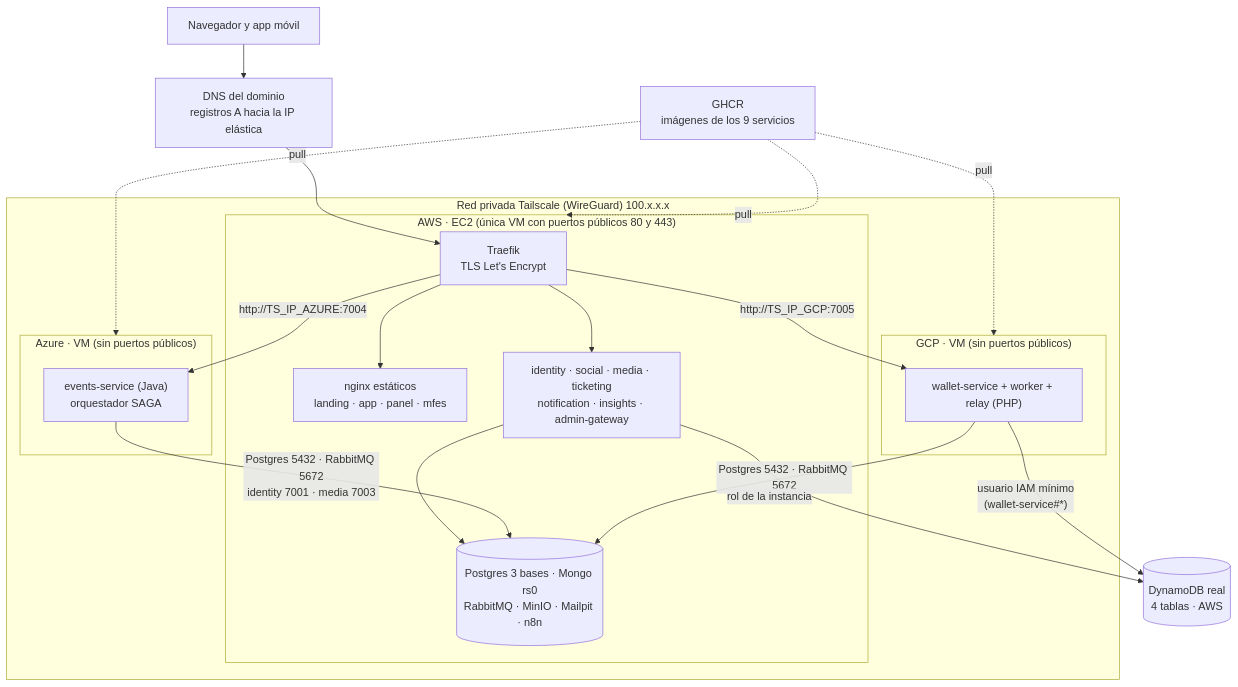
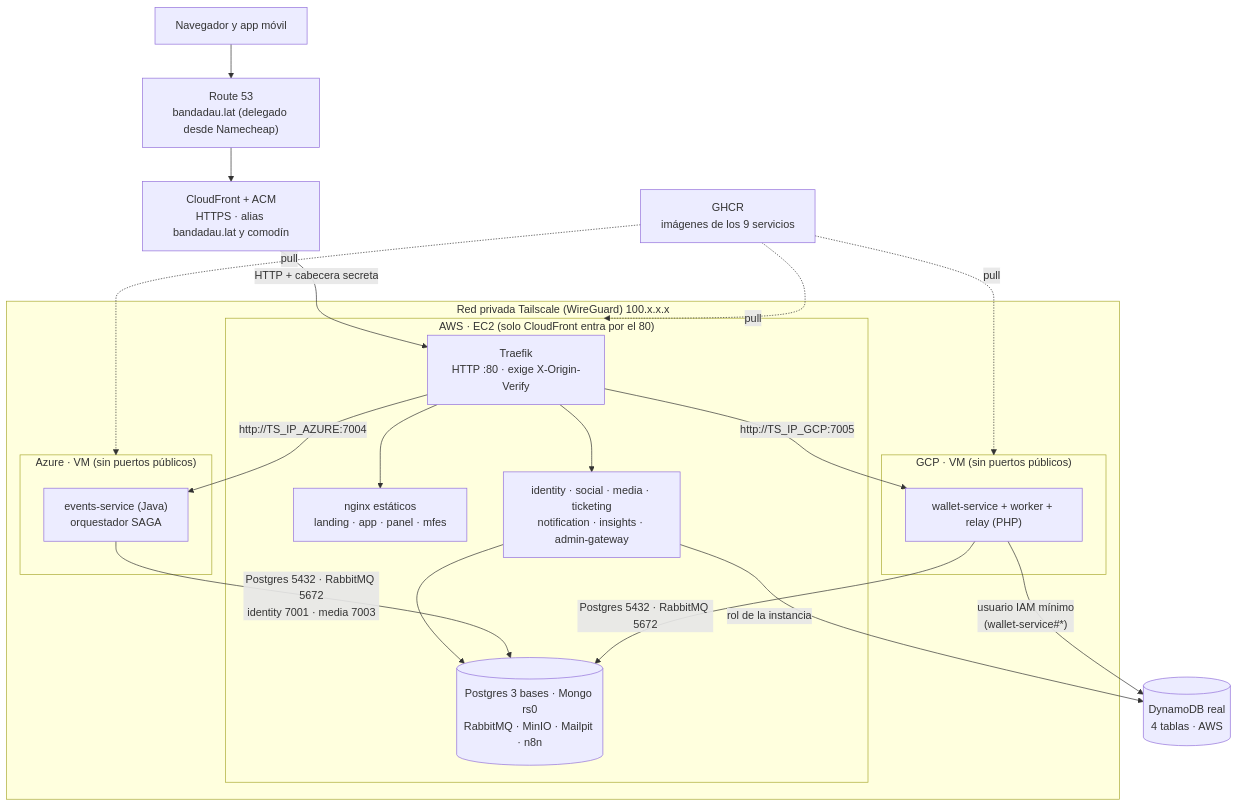
The third of 5 diagrams in docs/05-infraestructura/infraestructura.md (CesarKnight/bandadau-docs), drawn with Mermaid before and after one commit. The commit also changed other lines of this file and 9 other files, not shown here.

First line of the commit message:
docs: ADR-0026 CloudFront, Route 53 y Terraform para AWS; actualiza despliegue y Word

````diff
--- a/docs/05-infraestructura/infraestructura.md
+++ b/docs/05-infraestructura/infraestructura.md
@@ -649,35 +649,37 @@
 ```mermaid
 flowchart TB
     U["Navegador y app móvil"]
-    DNS["DNS del dominio<br/>registros A hacia la IP elástica"]
+    DNS["Route 53<br/>bandadau.lat (delegado desde Namecheap)"]
+    CF["CloudFront + ACM<br/>HTTPS · alias bandadau.lat y comodín"]
     subgraph TS["Red privada Tailscale (WireGuard) 100.x.x.x"]
-        subgraph AWS["AWS · EC2 (única VM con puertos públicos 80 y 443)"]
-            TR["Traefik<br/>TLS Let's Encrypt"]
+        subgraph AWS["AWS · EC2 (solo CloudFront entra por el 80)"]
+            TR["Traefik<br/>HTTP :80 · exige X-Origin-Verify"]
             NG["nginx estáticos<br/>landing · app · panel · mfes"]
             SV["identity · social · media · ticketing<br/>notification · insights · admin-gateway"]
             DATA[("Postgres 3 bases · Mongo rs0<br/>RabbitMQ · MinIO · Mailpit · n8n")]
         end
         subgraph AZ["Azure · VM (sin puertos públicos)"]
             EV["events-service (Java)<br/>orquestador SAGA"]
         end
         subgraph GC["GCP · VM (sin puertos públicos)"]
             WA["wallet-service + worker + relay (PHP)"]
         end
     end
     DDB[("DynamoDB real<br/>4 tablas · AWS")]
     GHCR["GHCR<br/>imágenes de los 9 servicios"]
 
-    U --> DNS --> TR
+    U --> DNS --> CF
+    CF -->|"HTTP + cabecera secreta"| TR
     TR --> NG
     TR --> SV
     TR -->|"http://TS_IP_AZURE:7004"| EV
     TR -->|"http://TS_IP_GCP:7005"| WA
     SV --> DATA
     EV -->|"Postgres 5432 · RabbitMQ 5672<br/>identity 7001 · media 7003"| DATA
     WA -->|"Postgres 5432 · RabbitMQ 5672"| DATA
     SV -->|"rol de la instancia"| DDB
     WA -->|"usuario IAM mínimo<br/>(wallet-service#*)"| DDB
     GHCR -.pull.-> AWS
     GHCR -.pull.-> AZ
     GHCR -.pull.-> GC
 ```
````
